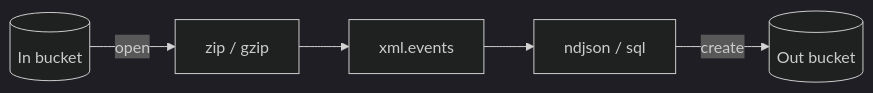
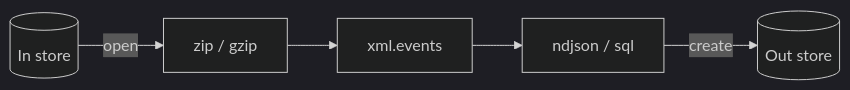
Before and after one commit to vivainio/integraal: the tenth of 16 diagrams in docs/patterns.md, drawn with Mermaid (dark theme). The commit also changed other lines of this file and 67 other files, not shown here.

First line of the commit message:
Rename the bucket concept to store: native.store, stores config, store events

````diff
--- a/docs/patterns.md
+++ b/docs/patterns.md
@@ -122,4 +122,4 @@
 ```mermaid
 flowchart LR
-    I[(In bucket)] -->|open| Z[zip / gzip] --> X[xml.events] --> N[ndjson / sql] -->|create| O[(Out bucket)]
+    I[(In store)] -->|open| Z[zip / gzip] --> X[xml.events] --> N[ndjson / sql] -->|create| O[(Out store)]
 ```
````
